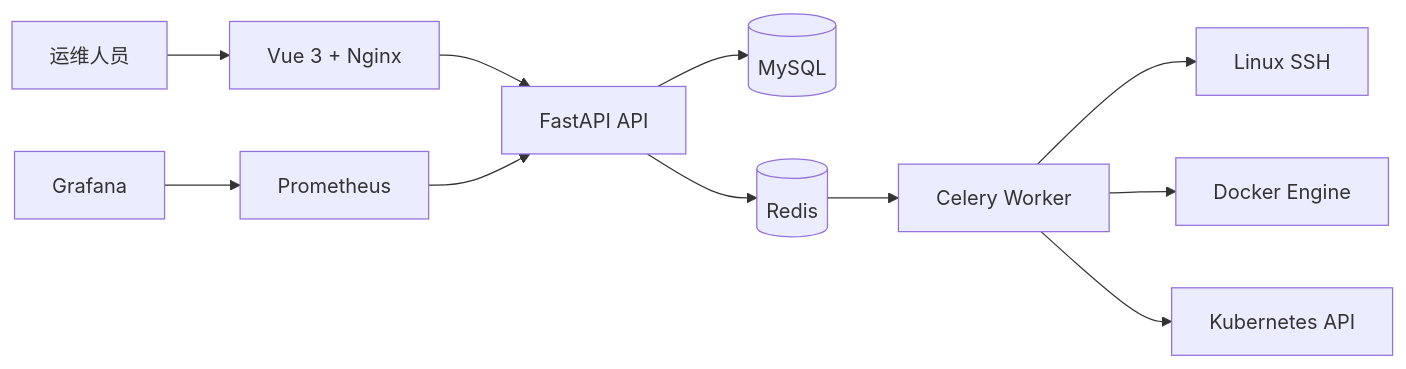
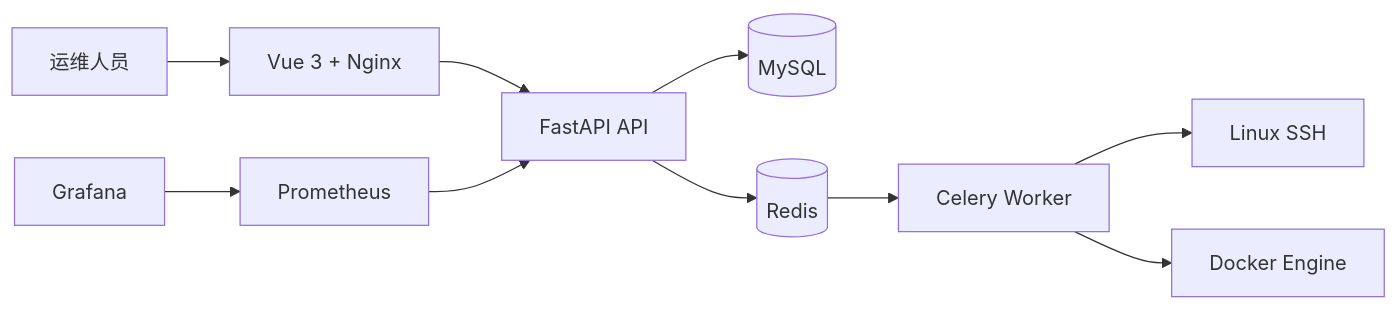
The diagram in README.md (guiyi-labs/devops-automation), drawn with Mermaid before and after one commit. The commit also changed other lines of this file, not shown here.

````diff
--- a/README.md
+++ b/README.md
@@ -30,13 +30,12 @@
 ```mermaid
 flowchart LR
     User[运维人员] --> Web[Vue 3 + Nginx]
     Web --> API[FastAPI API]
     API --> DB[(MySQL)]
     API --> Redis[(Redis)]
     Redis --> Worker[Celery Worker]
     Worker --> SSH[Linux SSH]
     Worker --> Docker[Docker Engine]
-    Worker --> K8s[Kubernetes API]
     Prom[Prometheus] --> API
     Grafana[Grafana] --> Prom
 ```
````
